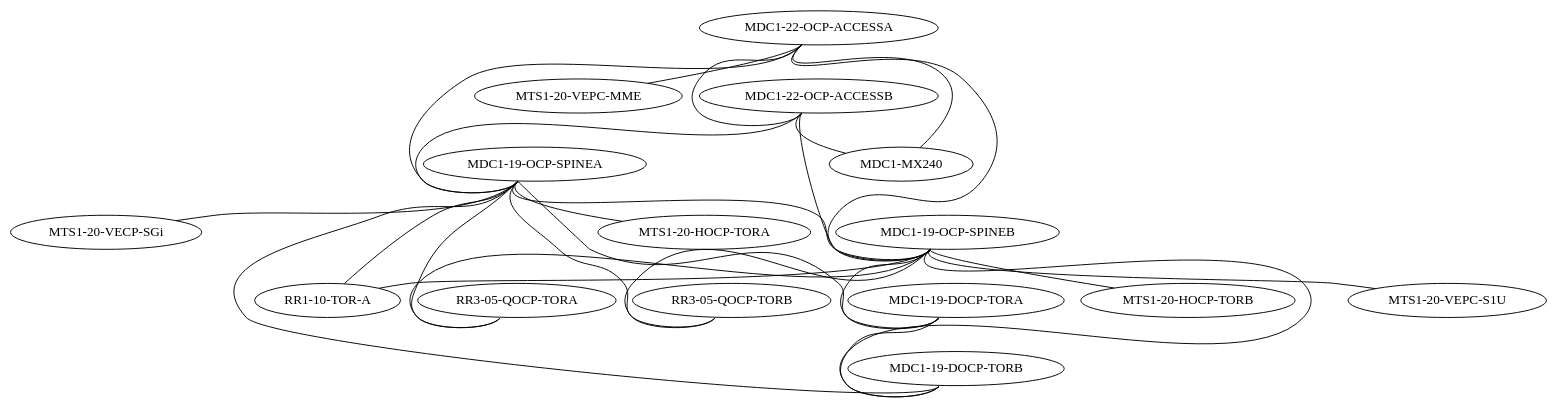
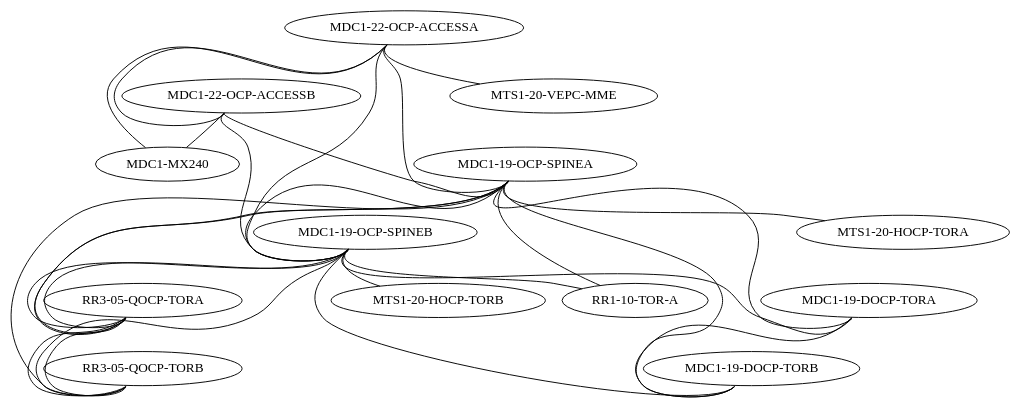
One commit to kwitherstine/testing_T changed the diagram in ocp_proto/roles/common/files/topology.dot. Above: the diagram before and after it, drawn with Graphviz. The commit also changed 4 other files, not shown here.

```diff
--- a/ocp_proto/roles/common/files/topology.dot
+++ b/ocp_proto/roles/common/files/topology.dot
@@ -1,28 +1,30 @@
 # generic example - cumulus@leaf1$ cat /etc/ptm.d/topology.dot
 graph G {
   graph [hostidtype="hostname", version="1:0"];
     "MDC1-22-OCP-ACCESSA":"swp1" -- "MDC1-22-OCP-ACCESSB":"swp1";
     "MDC1-22-OCP-ACCESSA":"swp43" -- "MTS1-20-VEPC-MME":"Gi1/0/25";
     "MDC1-22-OCP-ACCESSA":"swp48" -- "MDC1-MX240":"xe-2/2/0";
     "MDC1-22-OCP-ACCESSA":"swp49" -- "MDC1-19-OCP-SPINEA":"swp31";
     "MDC1-22-OCP-ACCESSA":"swp50" -- "MDC1-19-OCP-SPINEB":"swp31";
     "MDC1-22-OCP-ACCESSB":"swp48" -- "MDC1-MX240":"xe-2/3/0";
     "MDC1-22-OCP-ACCESSB":"swp49" -- "MDC1-19-OCP-SPINEA":"swp32";
     "MDC1-22-OCP-ACCESSB":"swp50" -- "MDC1-19-OCP-SPINEB":"swp32";
     "MDC1-19-OCP-SPINEA":"swp1" -- "MDC1-19-OCP-SPINEB":"swp1";
     "MDC1-19-OCP-SPINEA":"swp23" -- "MTS1-20-HOCP-TORA":"eth54";
-    "MDC1-19-OCP-SPINEA":"swp25" -- "MTS1-20-VECP-SGi":"et1/2/5";
+    "MDC1-19-OCP-SPINEA":"swp25" -- "RR3-05-QOCP-TORA":"swp49";
     "MDC1-19-OCP-SPINEA":"swp26" -- "RR1-10-TOR-A":"et51/1";
     "MDC1-19-OCP-SPINEA":"swp27" -- "RR3-05-QOCP-TORA":"swp49";
     "MDC1-19-OCP-SPINEA":"swp28" -- "RR3-05-QOCP-TORB":"swp49";
     "MDC1-19-OCP-SPINEA":"swp29" -- "MDC1-19-DOCP-TORA":"swp49";
     "MDC1-19-OCP-SPINEA":"swp30" -- "MDC1-19-DOCP-TORB":"swp49";
     "MDC1-19-OCP-SPINEB":"swp23" -- "MTS1-20-HOCP-TORB":"54";
-    "MDC1-19-OCP-SPINEB":"swp25" -- "MTS1-20-VEPC-S1U":"Et1/2/5";
+    "MDC1-19-OCP-SPINEB":"swp25" -- "RR3-05-QOCP-TORA":"swp50";
     "MDC1-19-OCP-SPINEB":"swp26" -- "RR1-10-TOR-A":"et51/1";
     "MDC1-19-OCP-SPINEB":"swp27" -- "RR3-05-QOCP-TORA":"swp50";
     "MDC1-19-OCP-SPINEB":"swp28" -- "RR3-05-QOCP-TORB":"swp50";
     "MDC1-19-OCP-SPINEB":"swp29" -- "MDC1-19-DOCP-TORA":"swp50";
     "MDC1-19-OCP-SPINEB":"swp30" -- "MDC1-19-DOCP-TORB":"swp50";
     "MDC1-19-DOCP-TORA":"swp47" -- "MDC1-19-DOCP-TORB":"swp47";
+    "RR3-05-QOCP-TORA":"swp51" -- "RR3-05-QOCP-TORB":"swp51";
+    "RR3-05-QOCP-TORA":"swp52" -- "RR3-05-QOCP-TORB":"swp52"
 }
```
